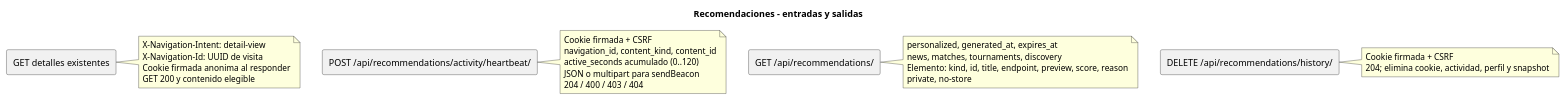
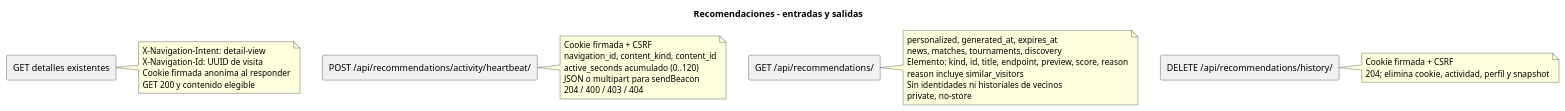
The diagram in docs/diagrams/api/recommendations.puml (JaredDet/Match-Day), drawn with PlantUML before and after one commit. The commit also changed 15 other files, not shown here.

```diff
--- a/docs/diagrams/api/recommendations.puml
+++ b/docs/diagrams/api/recommendations.puml
@@ -1,30 +1,32 @@
 @startuml RecommendationsAPI
 title Recomendaciones - entradas y salidas
 rectangle "GET detalles existentes" as Detail
 note right of Detail
   X-Navigation-Intent: detail-view
   X-Navigation-Id: UUID de visita
   Cookie firmada anonima al responder
   GET 200 y contenido elegible
 end note
 rectangle "POST /api/recommendations/activity/heartbeat/" as Ping
 note right of Ping
   Cookie firmada + CSRF
   navigation_id, content_kind, content_id
   active_seconds acumulado (0..120)
   JSON o multipart para sendBeacon
   204 / 400 / 403 / 404
 end note
 rectangle "GET /api/recommendations/" as Read
 note right of Read
   personalized, generated_at, expires_at
   news, matches, tournaments, discovery
   Elemento: kind, id, title, endpoint, preview, score, reason
+  reason incluye similar_visitors
+  Sin identidades ni historiales de vecinos
   private, no-store
 end note
 rectangle "DELETE /api/recommendations/history/" as Clear
 note right of Clear
   Cookie firmada + CSRF
   204; elimina cookie, actividad, perfil y snapshot
 end note
 @enduml
```
